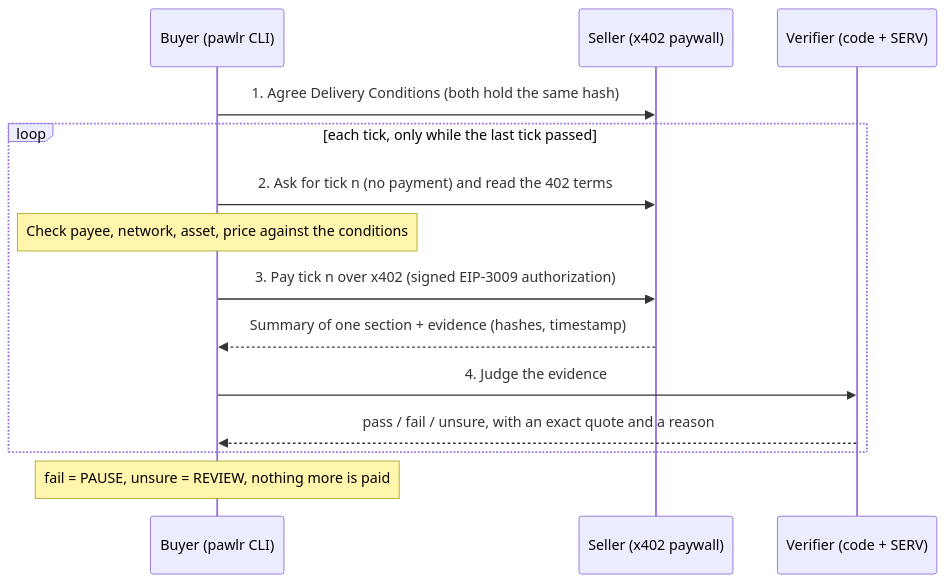
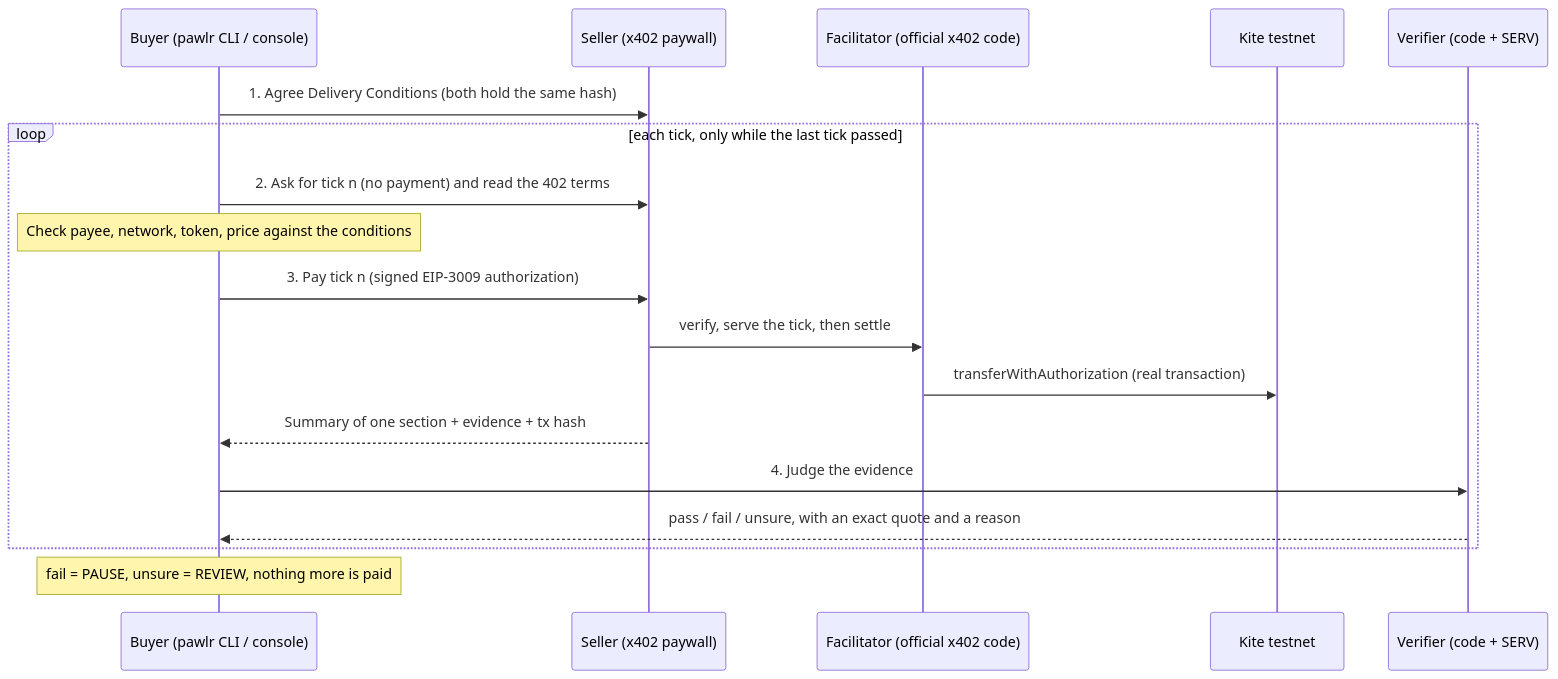
Before and after one commit to Stella112/pawlr: the diagram in README.md, drawn with Mermaid. The commit also changed other lines of this file and 7 other files, not shown here.

Commit message:
Docs and console: real on-chain testnet settlement with Pawlr Test USD; tx links as evidence; no simulated settlement

````diff
--- a/README.md
+++ b/README.md
@@ -17,16 +17,20 @@
 ```mermaid
 sequenceDiagram
-    participant B as Buyer (pawlr CLI)
+    participant B as Buyer (pawlr CLI / console)
     participant S as Seller (x402 paywall)
+    participant F as Facilitator (official x402 code)
+    participant K as Kite testnet
     participant V as Verifier (code + SERV)
     B->>S: 1. Agree Delivery Conditions (both hold the same hash)
     loop each tick, only while the last tick passed
         B->>S: 2. Ask for tick n (no payment) and read the 402 terms
-        Note over B: Check payee, network, asset, price against the conditions
-        B->>S: 3. Pay tick n over x402 (signed EIP-3009 authorization)
-        S-->>B: Summary of one section + evidence (hashes, timestamp)
+        Note over B: Check payee, network, token, price against the conditions
+        B->>S: 3. Pay tick n (signed EIP-3009 authorization)
+        S->>F: verify, serve the tick, then settle
+        F->>K: transferWithAuthorization (real transaction)
+        S-->>B: Summary of one section + evidence + tx hash
         B->>V: 4. Judge the evidence
         V-->>B: pass / fail / unsure, with an exact quote and a reason
     end
     Note over B: fail = PAUSE, unsure = REVIEW, nothing more is paid
 ```
````
